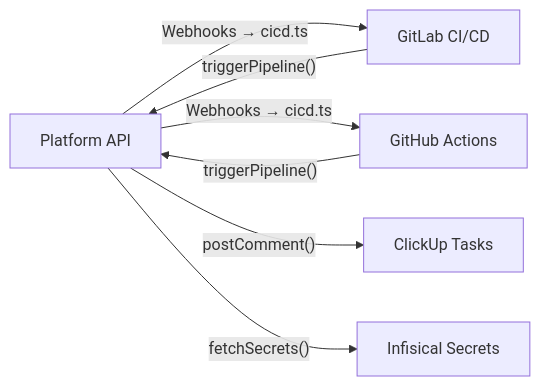
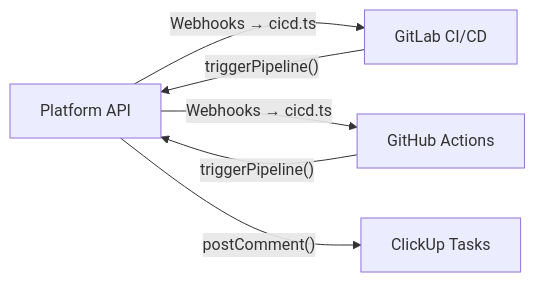
The fourth of 4 diagrams in platform/portal/public/docs/architecture/overview.md (Mpratyush54/server-automation), drawn with Mermaid before and after one commit. The commit also changed other lines of this file and 52 other files, not shown here.

First line of the commit message:
refactor!: remove Infisical leftovers (secrets live in the built-in store)

````diff
--- a/platform/portal/public/docs/architecture/overview.md
+++ b/platform/portal/public/docs/architecture/overview.md
@@ -212,14 +212,12 @@
 ```mermaid
 graph LR
     API["Platform API"]
     GitLab["GitLab CI/CD"]
     GitHub["GitHub Actions"]
     ClickUp["ClickUp Tasks"]
-    Infisical["Infisical Secrets"]
     API -- "Webhooks → cicd.ts" --> GitLab
     API -- "Webhooks → cicd.ts" --> GitHub
     API -- "postComment()" --> ClickUp
-    API -- "fetchSecrets()" --> Infisical
     GitLab -- "triggerPipeline()" --> API
     GitHub -- "triggerPipeline()" --> API
 ```
````
